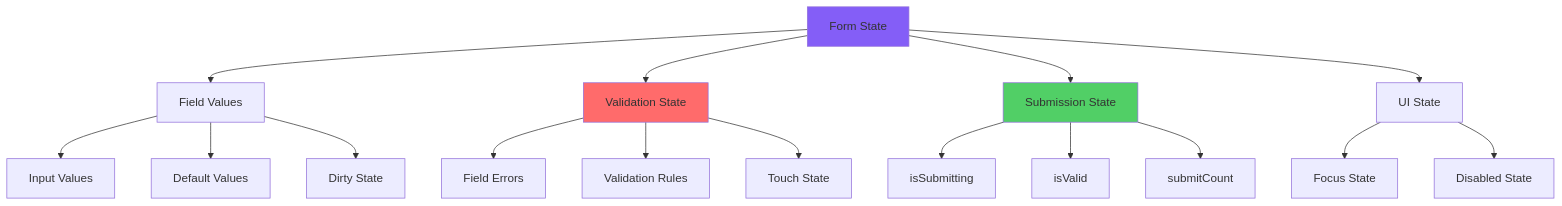
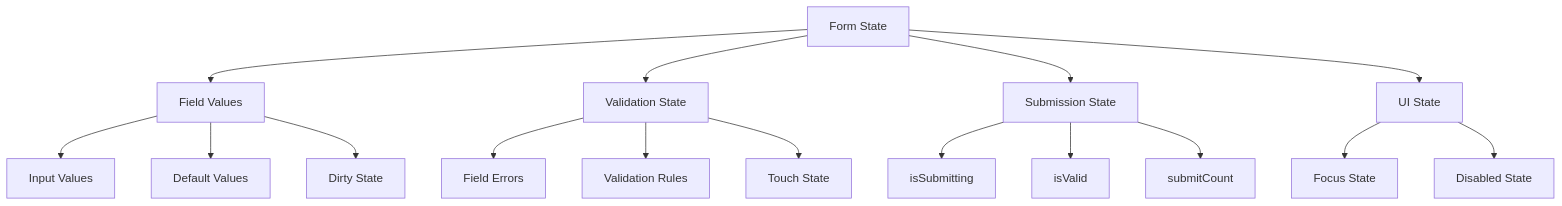
The first of 5 diagrams in arguments/chapters/08-forms-and-validations.md (BabaScience/react-guides), drawn with Mermaid before and after one commit. The commit also changed other lines of this file and 29 other files, not shown here.

First line of the commit message:
Bring React FR/IT translations to full English parity + theme-safe diagrams

````diff
--- a/arguments/chapters/08-forms-and-validations.md
+++ b/arguments/chapters/08-forms-and-validations.md
@@ -26,26 +26,23 @@
 ```mermaid
 graph TD
     A[Form State] --> B[Field Values]
     A --> C[Validation State]
     A --> D[Submission State]
     A --> E[UI State]
     
     B --> B1[Input Values]
     B --> B2[Default Values]
     B --> B3[Dirty State]
     
     C --> C1[Field Errors]
     C --> C2[Validation Rules]
     C --> C3[Touch State]
     
     D --> D1[isSubmitting]
     D --> D2[isValid]
     D --> D3[submitCount]
     
     E --> E1[Focus State]
     E --> E2[Disabled State]
     
-    style A fill:#845ef7
-    style C fill:#ff6b6b
-    style D fill:#51cf66
 ```
````
